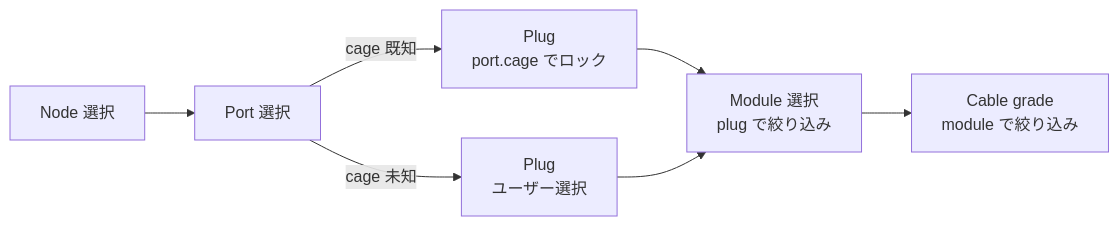
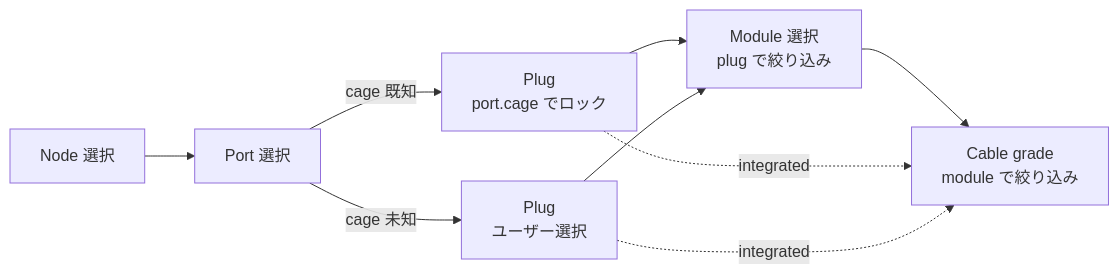
The third of 5 diagrams in apps/editor/docs/connection-model.md (konoe-akitoshi/shumoku), drawn with Mermaid before and after one commit. The commit also changed other lines of this file, not shown here.

First line of the commit message:
docs(connection-model): show Module-optional branching in UI flows

````diff
--- a/apps/editor/docs/connection-model.md
+++ b/apps/editor/docs/connection-model.md
@@ -131,9 +133,11 @@
 ```mermaid
 flowchart LR
   N[Node 選択] --> P[Port 選択]
   P -- cage 既知 --> PL[Plug<br/>port.cage でロック]
   P -- cage 未知 --> PU[Plug<br/>ユーザー選択]
   PL --> M[Module 選択<br/>plug で絞り込み]
   PU --> M
   M --> CG[Cable grade<br/>module で絞り込み]
+  PL -. integrated .-> CG
+  PU -. integrated .-> CG
 ```
````
